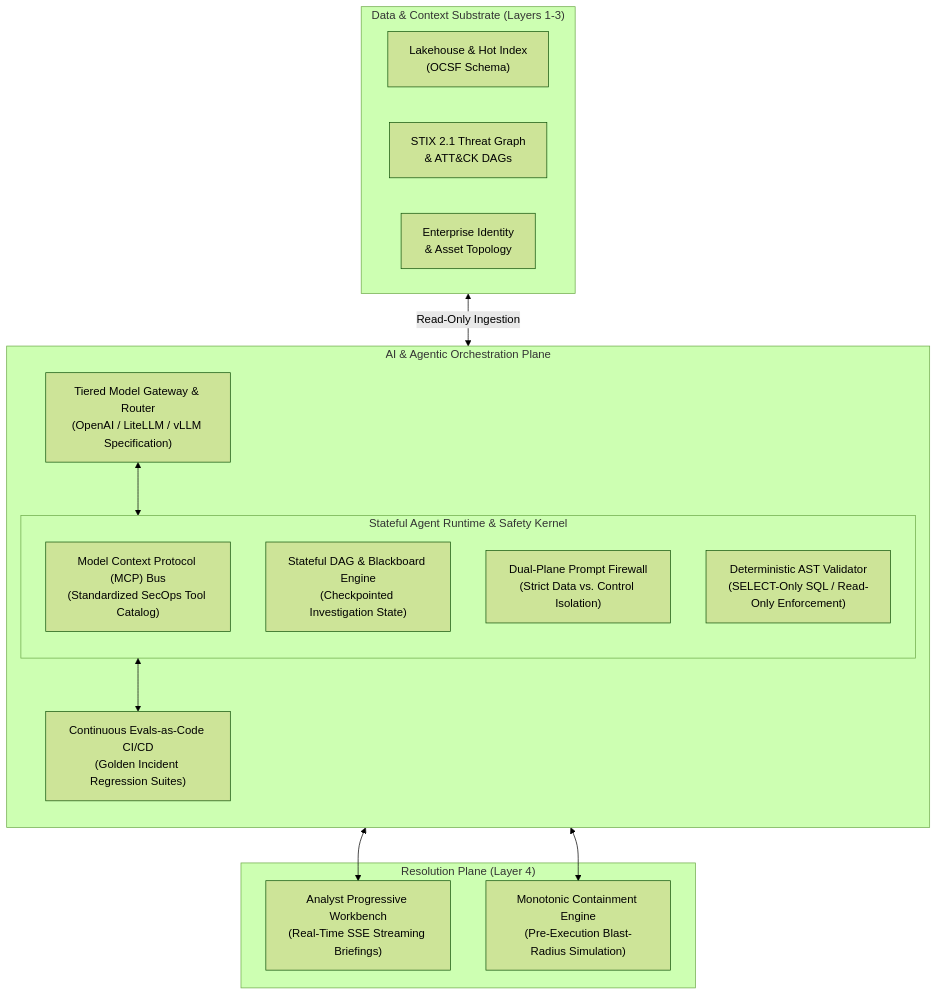
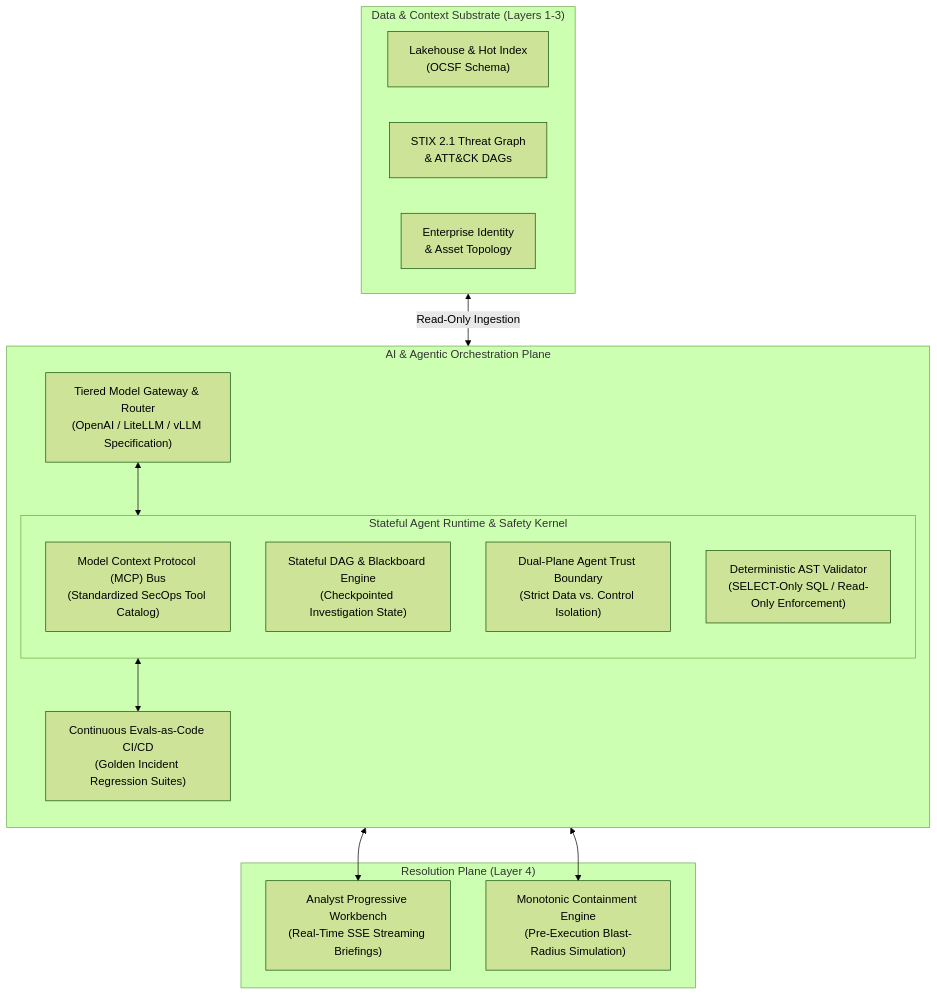
One commit to Haribu/TIDIR changed the diagram in docs/adr/0012-ai-orchestration-runtime-mcp-and-mvp-roadmap.md. Above: the diagram before and after it, drawn with Mermaid (forest theme). The commit also changed 21 other files, not shown here.

Commit message:
feat(release): v1.0.0 — world-class reference architecture, assurance map, 4-plane model, and machine graph

````diff
--- a/docs/adr/0012-ai-orchestration-runtime-mcp-and-mvp-roadmap.md
+++ b/docs/adr/0012-ai-orchestration-runtime-mcp-and-mvp-roadmap.md
@@ -41,33 +41,33 @@
 ```mermaid
 flowchart TB
   subgraph L1_L3 ["Data & Context Substrate (Layers 1-3)"]
     L2_LAKE["Lakehouse & Hot Index\n(OCSF Schema)"]
     L3_GRAPH["STIX 2.1 Threat Graph\n& ATT&CK DAGs"]
     CMDB["Enterprise Identity\n& Asset Topology"]
   end
 
   subgraph AI_Plane ["AI & Agentic Orchestration Plane"]
     direction TB
     ROUTER["Tiered Model Gateway & Router\n(OpenAI / LiteLLM / vLLM Specification)"]
     
     subgraph CoreRuntime ["Stateful Agent Runtime & Safety Kernel"]
       MCP_BUS["Model Context Protocol (MCP) Bus\n(Standardized SecOps Tool Catalog)"]
       STATE_DAG["Stateful DAG & Blackboard Engine\n(Checkpointed Investigation State)"]
-      PROMPT_FW["Dual-Plane Prompt Firewall\n(Strict Data vs. Control Isolation)"]
+      PROMPT_FW["Dual-Plane Agent Trust Boundary\n(Strict Data vs. Control Isolation)"]
       AST_VAL["Deterministic AST Validator\n(SELECT-Only SQL / Read-Only Enforcement)"]
     end
     
     EVAL_HARNESS["Continuous Evals-as-Code CI/CD\n(Golden Incident Regression Suites)"]
   end
 
   subgraph L4_Plane ["Resolution Plane (Layer 4)"]
     WORKBENCH["Analyst Progressive Workbench\n(Real-Time SSE Streaming Briefings)"]
     RESP_EXEC["Monotonic Containment Engine\n(Pre-Execution Blast-Radius Simulation)"]
   end
 
   L1_L3 <-->|Read-Only Ingestion| MCP_BUS
   ROUTER <--> CoreRuntime
   CoreRuntime <--> EVAL_HARNESS
   CoreRuntime <--> WORKBENCH
   CoreRuntime <--> RESP_EXEC
 ```
````
